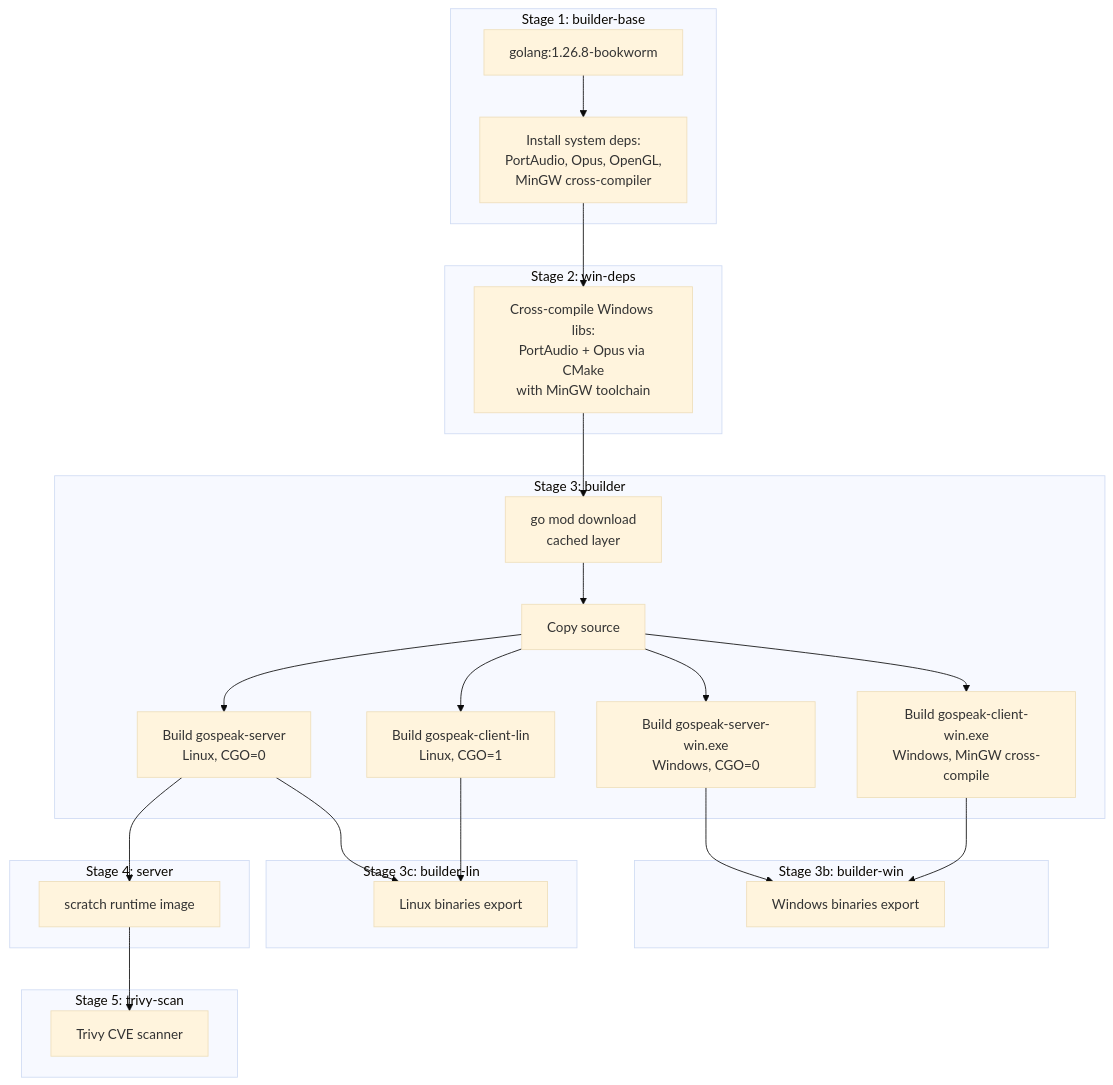
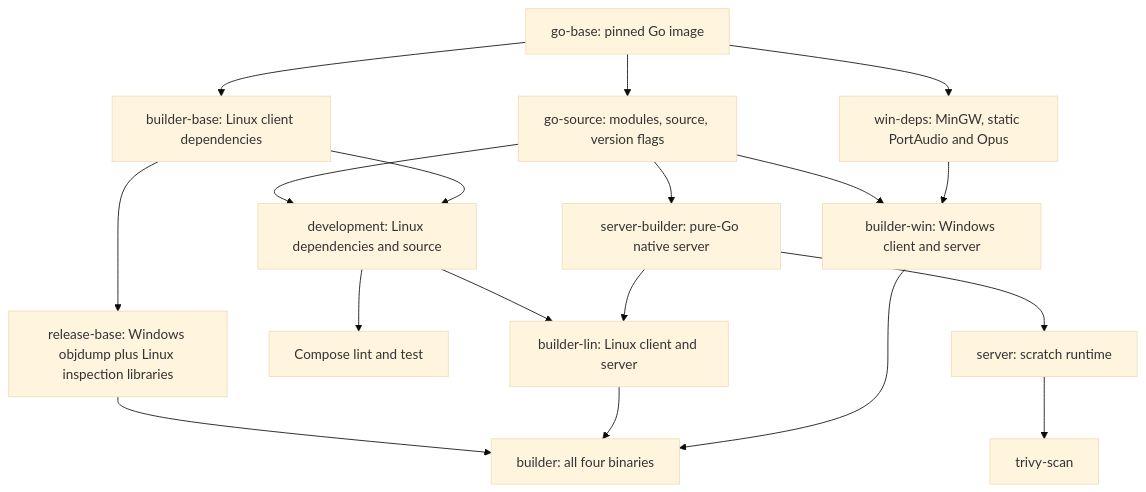
One commit to NicolasHaas/gospeak changed the diagram in docs/building.md. Above: the diagram before and after it, drawn with Mermaid (base theme). The commit also changed other lines of this file and 3 other files, not shown here.

Commit message:
perf(build): isolate server and platform build stages

````diff
--- a/docs/building.md
+++ b/docs/building.md
@@ -64,38 +64,20 @@
 ```mermaid
 graph TB
-    subgraph "Stage 1: builder-base"
-        S1[golang:1.26.8-bookworm]
-        S1 --> DEPS[Install system deps:<br/>PortAudio, Opus, OpenGL,<br/>MinGW cross-compiler]
-    end
-
-    subgraph "Stage 2: win-deps"
-        DEPS --> CMAKE[Cross-compile Windows libs:<br/>PortAudio + Opus via CMake<br/>with MinGW toolchain]
-    end
-
-    subgraph "Stage 3: builder"
-        CMAKE --> GOMOD[go mod download<br/>cached layer]
-        GOMOD --> COPY[Copy source]
-        COPY --> SRV_LIN[Build gospeak-server<br/>Linux, CGO=0]
-        COPY --> SRV_WIN[Build gospeak-server-win.exe<br/>Windows, CGO=0]
-        COPY --> CLI_LIN[Build gospeak-client-lin<br/>Linux, CGO=1]
-        COPY --> CLI_WIN[Build gospeak-client-win.exe<br/>Windows, MinGW cross-compile]
-    end
-
-    subgraph "Stage 3b: builder-win"
-        SRV_WIN --> RT_WIN[Windows binaries export]
-        CLI_WIN --> RT_WIN
-    end
-
-    subgraph "Stage 3c: builder-lin"
-        SRV_LIN --> RT_LIN[Linux binaries export]
-        CLI_LIN --> RT_LIN
-    end
-
-    subgraph "Stage 4: server"
-        SRV_LIN --> RT1[scratch runtime image]
-    end
-
-    subgraph "Stage 5: trivy-scan"
-        RT1 --> TRIVY[Trivy CVE scanner]
-    end
+    GO[go-base: pinned Go image] --> SRC[go-source: modules, source, version flags]
+    GO --> LIN[builder-base: Linux client dependencies]
+    GO --> WIN[win-deps: MinGW, static PortAudio and Opus]
+    SRC --> SRV[server-builder: pure-Go native server]
+    SRV --> RUNTIME[server: scratch runtime]
+    RUNTIME --> SCAN[trivy-scan]
+    SRC --> DEV[development: Linux dependencies and source]
+    LIN --> DEV
+    DEV --> CHECKS[Compose lint and test]
+    DEV --> BL[builder-lin: Linux client and server]
+    SRV --> BL
+    SRC --> BW[builder-win: Windows client and server]
+    WIN --> BW
+    LIN --> TOOLS[release-base: Windows objdump plus Linux inspection libraries]
+    TOOLS --> ALL[builder: all four binaries]
+    BL --> ALL
+    BW --> ALL
 ```
````
